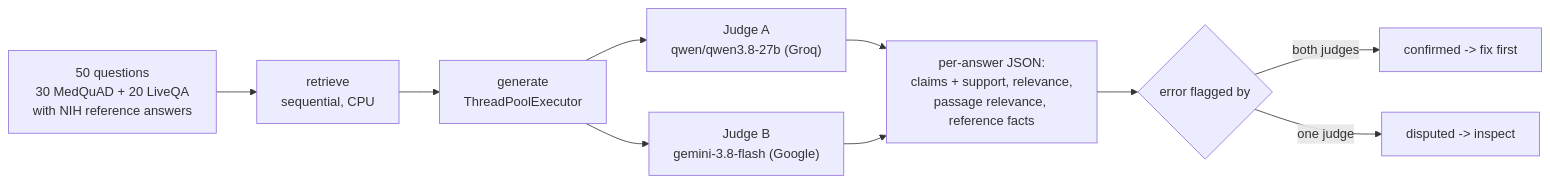
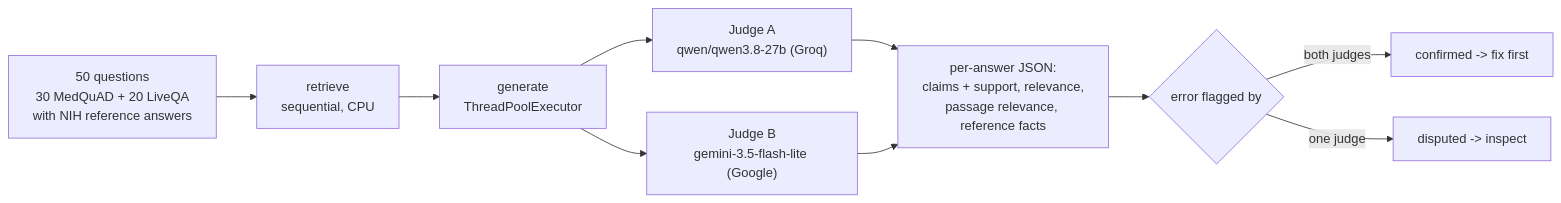
The ninth of 14 diagrams in README.md (pavanaditya123/healthcare-rag-assistant), drawn with Mermaid before and after one commit. The commit also changed 5 other files, not shown here.

Commit message:
Default second judge: gemini-3.5-flash-lite (3.8-flash hit the free quota and took ~80 s per call)

````diff
--- a/README.md
+++ b/README.md
@@ -496,12 +496,12 @@
 ```mermaid
 flowchart LR
     QS["50 questions<br/>30 MedQuAD + 20 LiveQA<br/>with NIH reference answers"] --> R["retrieve<br/>sequential, CPU"]
     R --> G["generate<br/>ThreadPoolExecutor"]
     G --> J1["Judge A<br/>qwen/qwen3.8-27b (Groq)"]
-    G --> J2["Judge B<br/>gemini-3.8-flash (Google)"]
+    G --> J2["Judge B<br/>gemini-3.5-flash-lite (Google)"]
     J1 --> M["per-answer JSON:<br/>claims + support, relevance,<br/>passage relevance, reference facts"]
     J2 --> M
     M --> CF{"error flagged by"}
     CF -- "both judges" --> C["confirmed -> fix first"]
     CF -- "one judge" --> D["disputed -> inspect"]
 ```
````
